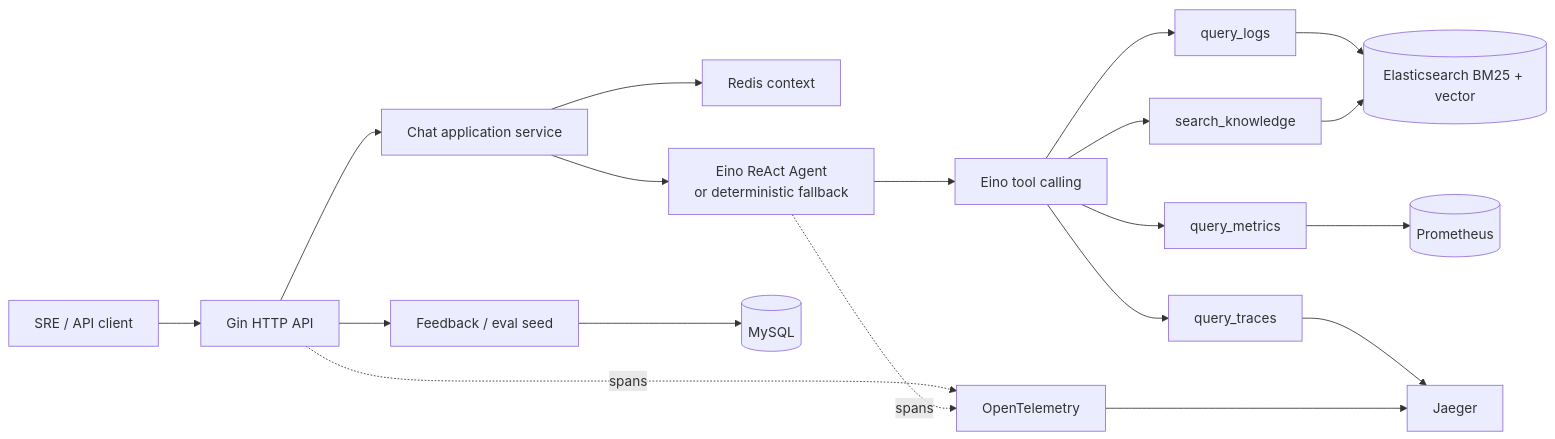
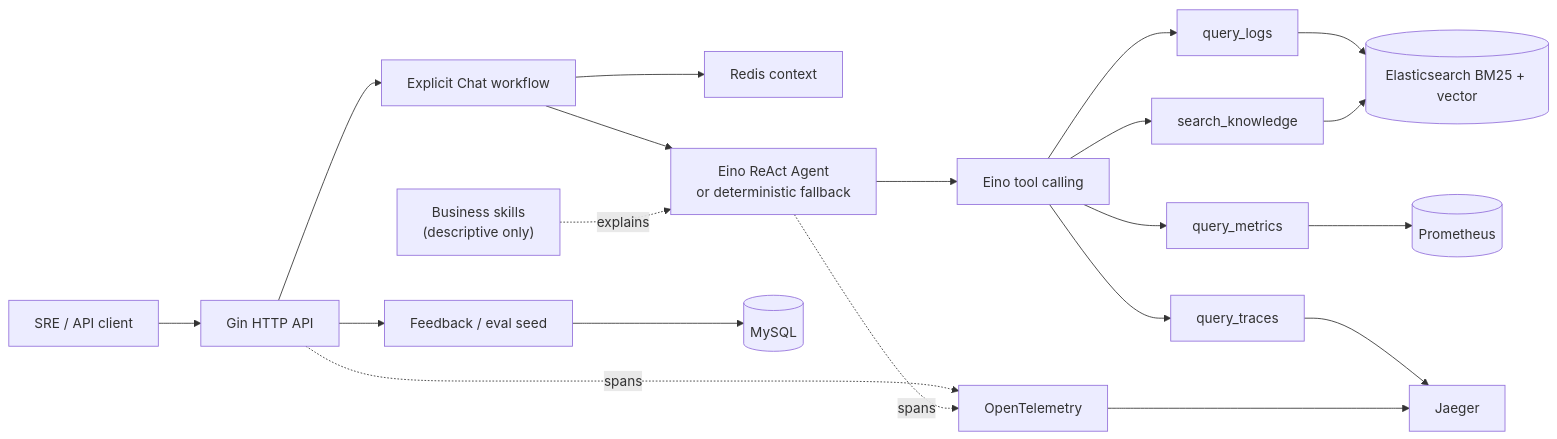
The diagram in README.md (jiawei-wang-dev/WatchOps-Lite), drawn with Mermaid before and after one commit. The commit also changed other lines of this file and 11 other files, not shown here.

Commit message:
refactor: clarify Eino workflow and business skills

````diff
--- a/README.md
+++ b/README.md
@@ -9,21 +9,22 @@
 ```mermaid
 flowchart LR
     C["SRE / API client"] --> G["Gin HTTP API"]
-    G --> A["Chat application service"]
+    G --> A["Explicit Chat workflow"]
     A --> M["Redis context"]
     A --> E["Eino ReAct Agent<br/>or deterministic fallback"]
+    S["Business skills<br/>(descriptive only)"] -. explains .-> E
     E --> T["Eino tool calling"]
     T --> L["query_logs"]
     T --> P["query_metrics"]
     T --> R["query_traces"]
     T --> K["search_knowledge"]
     L --> ES
     P --> PROM[("Prometheus")]
     R --> J
     K --> ES[("Elasticsearch BM25 + vector")]
     G --> F["Feedback / eval seed"]
     F --> DB[("MySQL")]
     G -. spans .-> O["OpenTelemetry"]
     E -. spans .-> O
     O --> J["Jaeger"]
 ```
````
